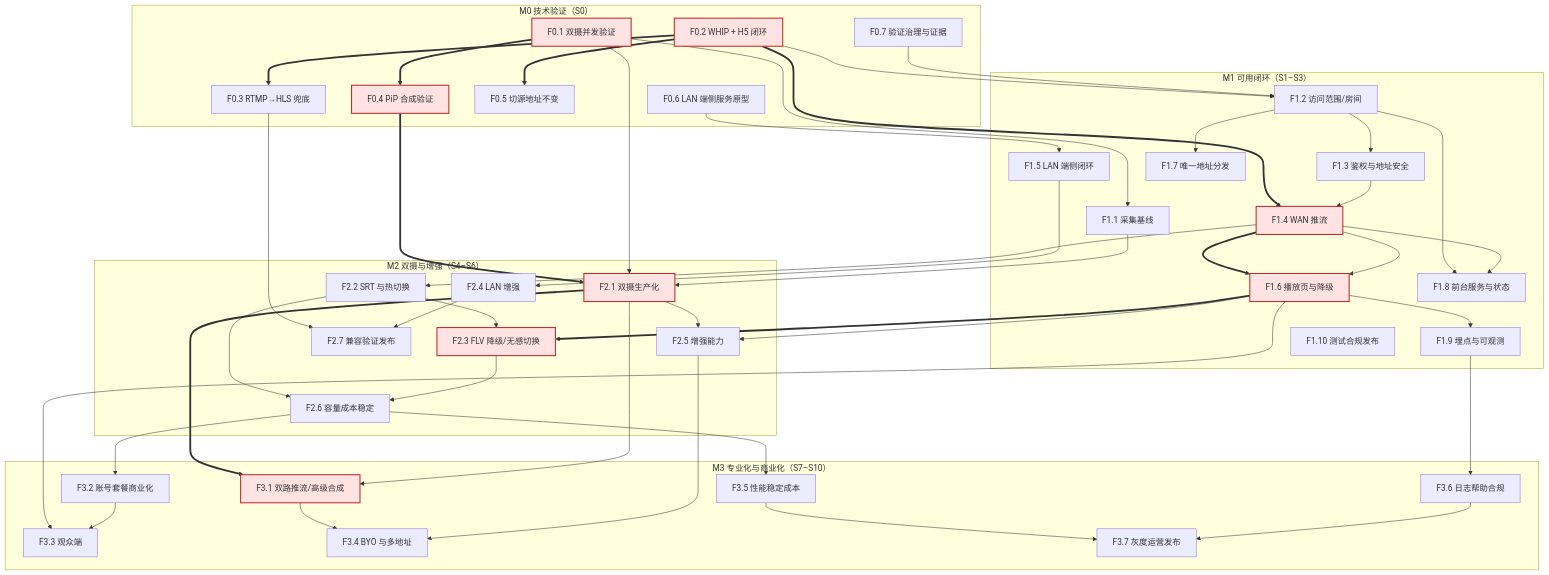
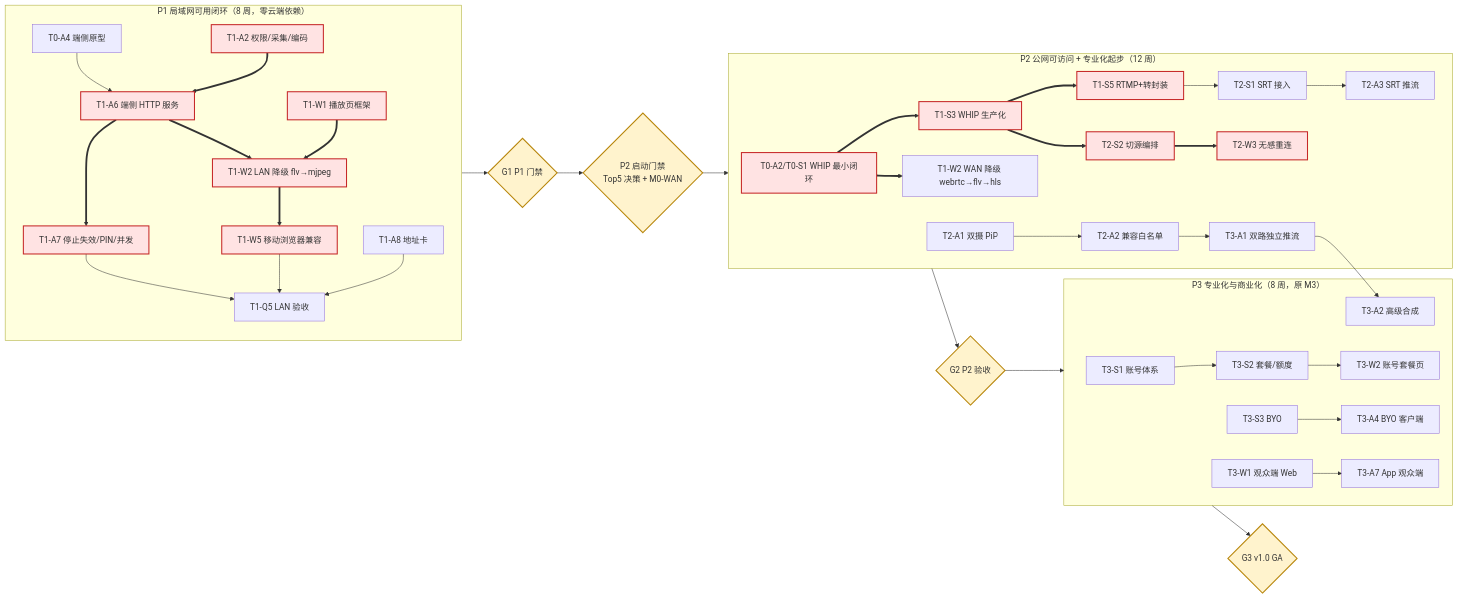
Before and after one commit to mbpz/camPush: the second of 3 diagrams in docs/09-task-plan.md, drawn with Mermaid. The commit also changed other lines of this file and 5 other files, not shown here.

````diff
--- a/docs/09-task-plan.md
+++ b/docs/09-task-plan.md
@@ -421,80 +576,36 @@
 ```mermaid
-flowchart TB
-  subgraph M0["M0 技术验证（S0）"]
-    F01["F0.1 双摄并发验证"]
-    F02["F0.2 WHIP + H5 闭环"]
-    F03["F0.3 RTMP→HLS 兜底"]
-    F04["F0.4 PiP 合成验证"]
-    F05["F0.5 切源地址不变"]
-    F06["F0.6 LAN 端侧服务原型"]
-    F07["F0.7 验证治理与证据"]
+flowchart LR
+  subgraph P1["P1 局域网可用闭环（8 周，零云端依赖）"]
+    L0["T0-A4 端侧原型"] --> L2["T1-A6 端侧 HTTP 服务"]
+    L1["T1-A2 权限/采集/编码"] ==> L2
+    L2 ==> L3["T1-A7 停止失效/PIN/并发"]
+    M1["T1-W1 播放页框架"] ==> M2["T1-W2 LAN 降级 flv→mjpeg"] ==> M3["T1-W5 移动浏览器兼容"]
+    L2 ==> M2
+    V0["T1-A8 地址卡"] --> V1["T1-Q5 LAN 验收"]
+    L3 --> V1
+    M3 --> V1
   end
-  subgraph M1["M1 可用闭环（S1–S3）"]
-    F11["F1.1 采集基线"]
-    F12["F1.2 访问范围/房间"]
-    F13["F1.3 鉴权与地址安全"]
-    F14["F1.4 WAN 推流"]
-    F15["F1.5 LAN 端侧闭环"]
-    F16["F1.6 播放页与降级"]
-    F17["F1.7 唯一地址分发"]
-    F18["F1.8 前台服务与状态"]
-    F19["F1.9 埋点与可观测"]
-    F110["F1.10 测试合规发布"]
+  P1 --> G1{"G1 P1 门禁"}
+  G1 --> GATE{"P2 启动门禁<br/>Top5 决策 + M0-WAN"}
+  subgraph P2["P2 公网可访问 + 专业化起步（12 周）"]
+    W1["T0-A2/T0-S1 WHIP 最小闭环"] ==> W2["T1-S3 WHIP 生产化"] ==> W3["T1-S5 RTMP+转封装"]
+    W2 ==> W4["T2-S2 切源编排"] ==> W5["T2-W3 无感重连"]
+    W1 ==> P2A["T1-W2 WAN 降级 webrtc→flv→hls"]
+    D1["T2-A1 双摄 PiP"] --> D2["T2-A2 兼容白名单"] --> D3["T3-A1 双路独立推流"]
+    W3 --> S1["T2-S1 SRT 接入"] --> S2["T2-A3 SRT 推流"]
   end
-  subgraph M2["M2 双摄与增强（S4–S6）"]
-    F21["F2.1 双摄生产化"]
-    F22["F2.2 SRT 与热切换"]
-    F23["F2.3 FLV 降级/无感切换"]
-    F24["F2.4 LAN 增强"]
-    F25["F2.5 增强能力"]
-    F26["F2.6 容量成本稳定"]
-    F27["F2.7 兼容验证发布"]
+  GATE --> P2
+  P2 --> G2{"G2 P2 验收"}
+  subgraph P3["P3 专业化与商业化（8 周，原 M3）"]
+    Q1["T3-S1 账号体系"] --> Q2["T3-S2 套餐/额度"] --> Q3["T3-W2 账号套餐页"]
+    D3 --> D4["T3-A2 高级合成"]
+    R1["T3-S3 BYO"] --> R2["T3-A4 BYO 客户端"]
+    O1["T3-W1 观众端 Web"] --> O2["T3-A7 App 观众端"]
   end
-  subgraph M3["M3 专业化与商业化（S7–S10）"]
-    F31["F3.1 双路推流/高级合成"]
-    F32["F3.2 账号套餐商业化"]
-    F33["F3.3 观众端"]
-    F34["F3.4 BYO 与多地址"]
-    F35["F3.5 性能稳定成本"]
-    F36["F3.6 日志帮助合规"]
-    F37["F3.7 灰度运营发布"]
-  end
-  F01 ==> F04 ==> F21 ==> F31
-  F02 ==> F14 ==> F16 ==> F23
-  F02 ==> F03
-  F02 ==> F05
-  F01 --> F11
-  F02 --> F12
-  F06 --> F15
-  F07 --> F12
-  F12 --> F13
-  F13 --> F14
-  F14 --> F16
-  F16 --> F19
-  F12 --> F17
-  F12 --> F18
-  F14 --> F18
-  F11 --> F21
-  F15 --> F24
-  F16 --> F25
-  F22 --> F23
-  F14 --> F22
-  F21 --> F25
-  F22 --> F26
-  F23 --> F26
-  F16 --> F33
-  F21 --> F31
-  F31 --> F34
-  F26 --> F32
-  F26 --> F35
-  F19 --> F36
-  F32 --> F33
-  F25 --> F34
-  F01 --> F21
-  F03 --> F27
-  F24 --> F27
-  F35 --> F37
-  F36 --> F37
+  G2 --> P3
+  P3 --> G3{"G3 v1.0 GA"}
   classDef crit fill:#ffe3e3,stroke:#c62828,stroke-width:2px;
-  class F01,F04,F21,F31,F02,F14,F16,F23 crit;
+  classDef gate fill:#fff3cd,stroke:#b8860b,stroke-width:2px;
+  class L1,L2,L3,M1,M2,M3,W1,W2,W3,W4,W5 crit;
+  class G1,GATE,G2,G3 gate;
 ```
````
